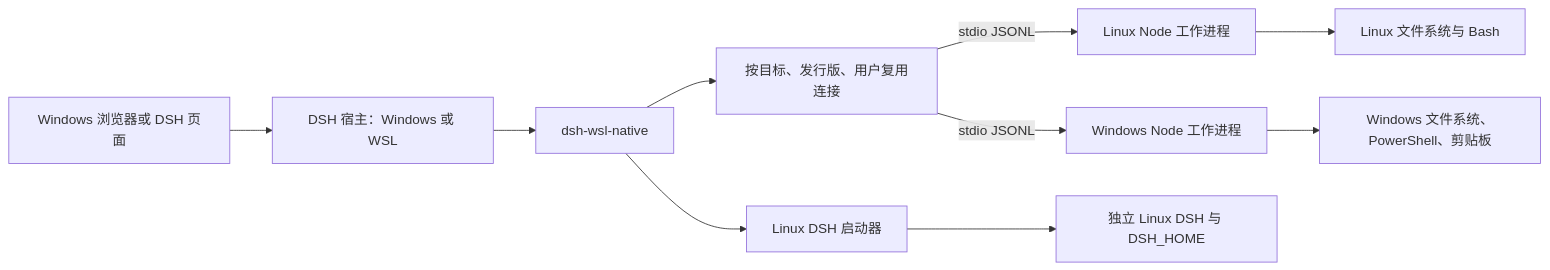
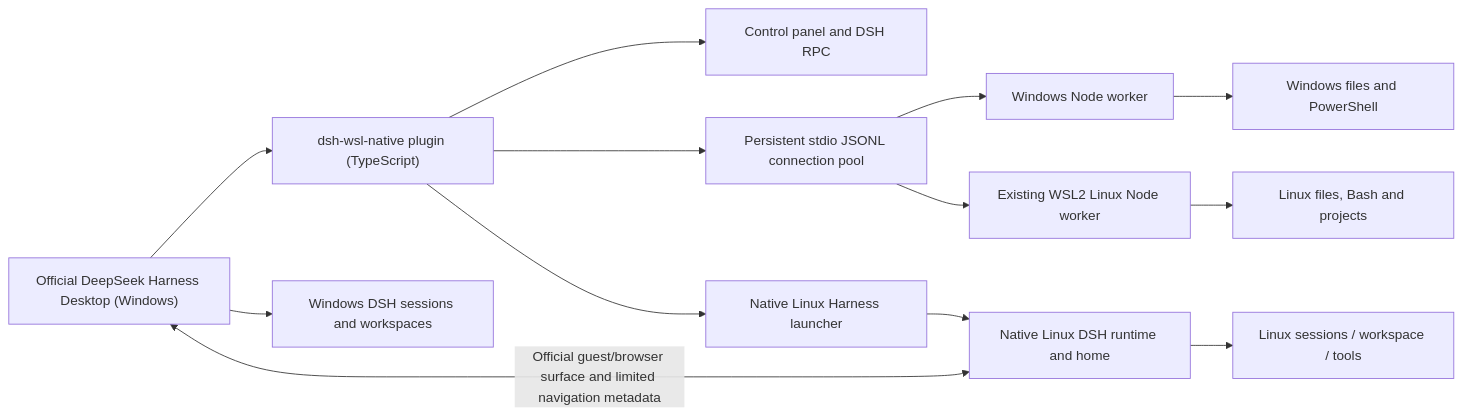
Before and after one commit to triagmas/dsh-wsl-native: the diagram in docs/architecture.md, drawn with Mermaid. The commit also changed other lines of this file, not shown here.

Commit message:
docs: make architecture English and align with TypeScript Windows Desktop WSL scope

````diff
--- a/docs/architecture.md
+++ b/docs/architecture.md
@@ -5,12 +9,15 @@
-```mermaid
+~~~mermaid
 flowchart LR
-  UI[Windows 浏览器或 DSH 页面] --> H[DSH 宿主：Windows 或 WSL]
-  H --> P[dsh-wsl-native]
-  P --> C[按目标、发行版、用户复用连接]
-  C -- stdio JSONL --> L[Linux Node 工作进程]
-  C -- stdio JSONL --> W[Windows Node 工作进程]
-  L --> LF[Linux 文件系统与 Bash]
-  W --> WF[Windows 文件系统、PowerShell、剪贴板]
-  P --> S[Linux DSH 启动器]
-  S --> N[独立 Linux DSH 与 DSH_HOME]
-```
+    D["Official DeepSeek Harness Desktop (Windows)"] --> P["dsh-wsl-native plugin (TypeScript)"]
+    D --> WH["Windows DSH sessions and workspaces"]
+    P --> CP["Control panel and DSH RPC"]
+    P --> POOL["Persistent stdio JSONL connection pool"]
+    POOL --> WW["Windows Node worker"]
+    POOL --> LW["Existing WSL2 Linux Node worker"]
+    LW --> LF["Linux files, Bash and projects"]
+    WW --> WF["Windows files and PowerShell"]
+    P --> L["Native Linux Harness launcher"]
+    L --> LH["Native Linux DSH runtime and home"]
+    LH --> LS["Linux sessions / workspace / tools"]
+    D <-->|"Official guest/browser surface and limited navigation metadata"| LH
+~~~
````
